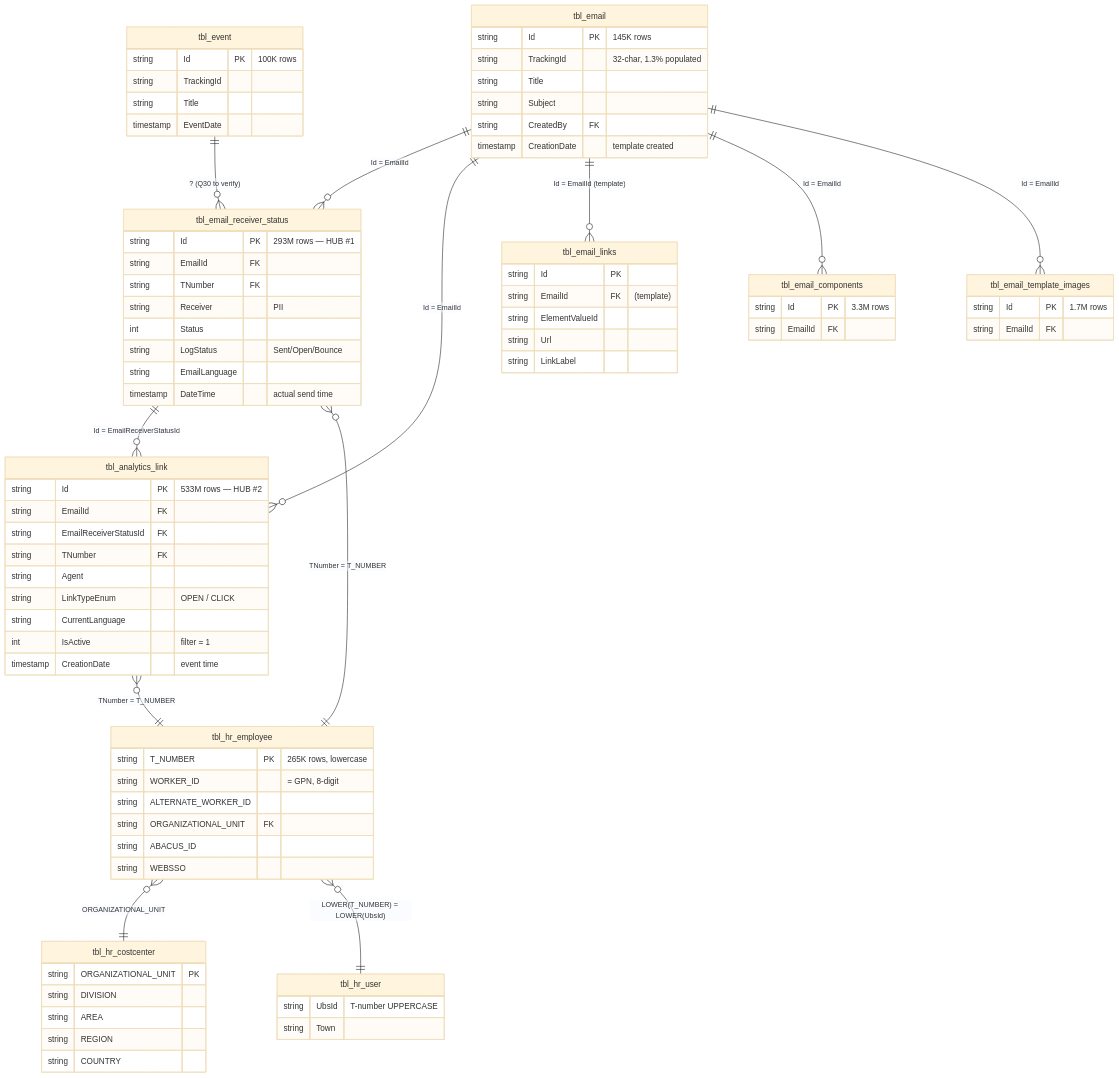
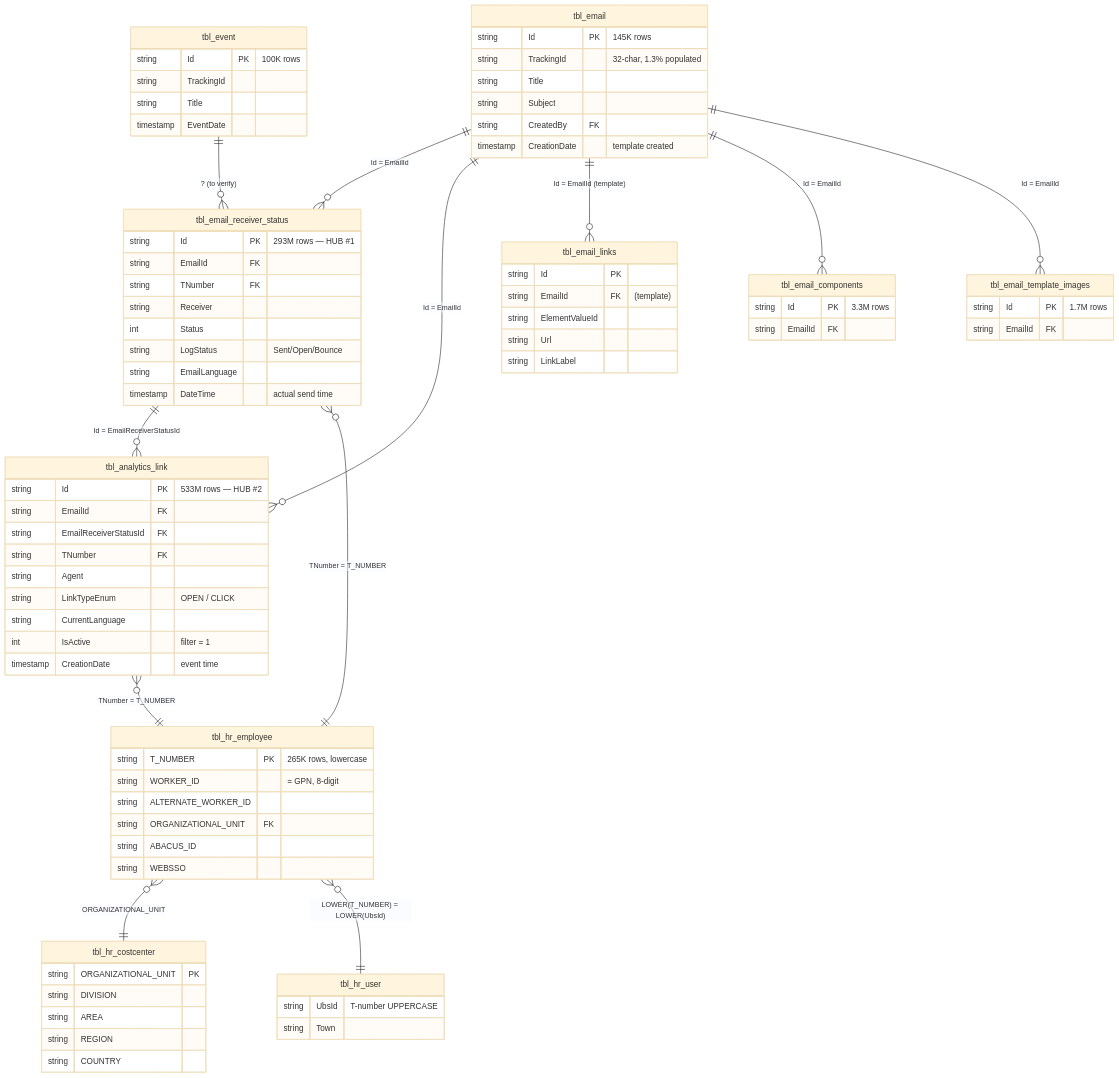
One commit to dallmi/Databricks changed the diagram in docs/diagrams/er_imep_bronze.md. Above: the diagram before and after it, drawn with Mermaid (base theme). The commit also changed other lines of this file and 55 other files, not shown here.

```diff
--- a/docs/diagrams/er_imep_bronze.md
+++ b/docs/diagrams/er_imep_bronze.md
@@ -18,7 +18,7 @@
     tbl_analytics_link        }o--|| tbl_hr_employee           : "TNumber = T_NUMBER"
     tbl_hr_employee           }o--|| tbl_hr_costcenter         : "ORGANIZATIONAL_UNIT"
     tbl_hr_employee           }o--|| tbl_hr_user               : "LOWER(T_NUMBER) = LOWER(UbsId)"
-    tbl_event                 ||--o{ tbl_email_receiver_status : "? (Q30 to verify)"
+    tbl_event                 ||--o{ tbl_email_receiver_status : "? (to verify)"
 
     tbl_email {
         string Id PK "145K rows"
@@ -32,7 +32,7 @@
         string Id PK "293M rows — HUB #1"
         string EmailId FK
         string TNumber FK
-        string Receiver "PII"
+        string Receiver
         int Status
         string LogStatus "Sent/Open/Bounce"
         string EmailLanguage
```
